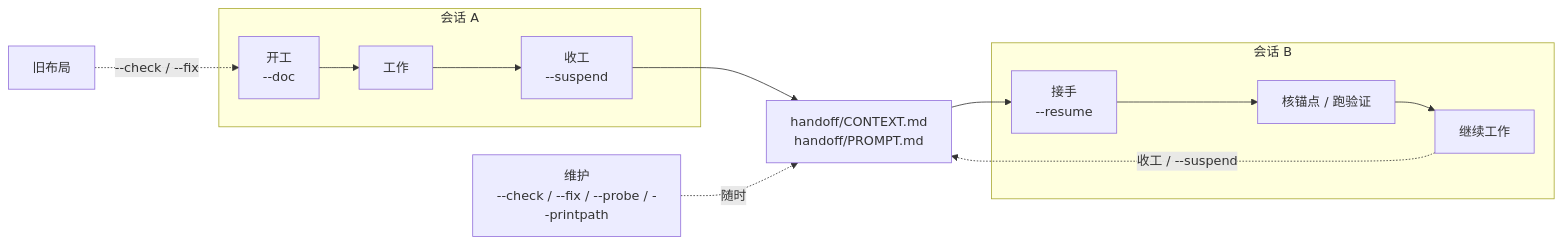
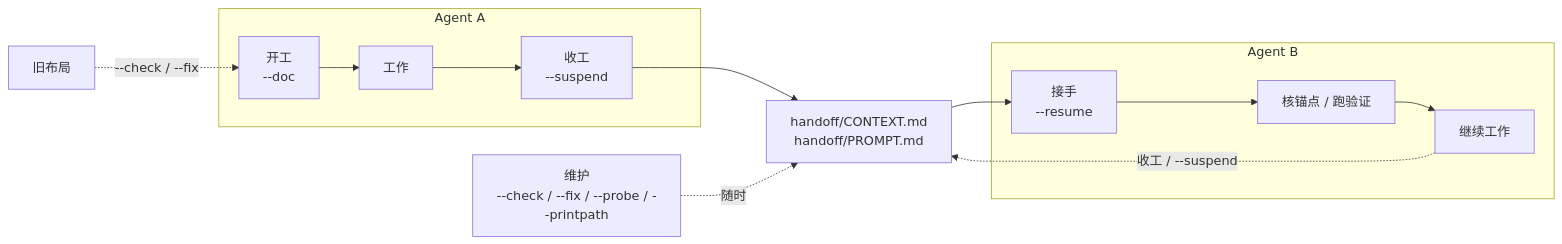
One commit to Lizardon386/multi-agent-task-handoff changed the second of 2 diagrams in handoff/DESIGN.md. Above: the diagram before and after it, drawn with Mermaid. The commit also changed other lines of this file and 6 other files, not shown here.

````diff
--- a/handoff/DESIGN.md
+++ b/handoff/DESIGN.md
@@ -45,16 +45,16 @@
 ```mermaid
 flowchart LR
-  subgraph A[会话 A]
+  subgraph A[Agent A]
     D[开工<br/>--doc] --> W1[工作]
     W1 --> S[收工<br/>--suspend]
   end
-  subgraph B[会话 B]
+  subgraph B[Agent B]
     R[接手<br/>--resume] --> C[核锚点 / 跑验证]
     C --> W2[继续工作]
   end
   S --> F[handoff/CONTEXT.md<br/>handoff/PROMPT.md]
   F --> R
   W2 -.->|收工 / --suspend| F
   M[维护<br/>--check / --fix / --probe / --printpath] -.->|随时| F
   L[旧布局] -.->|--check / --fix| D
 ```
````
